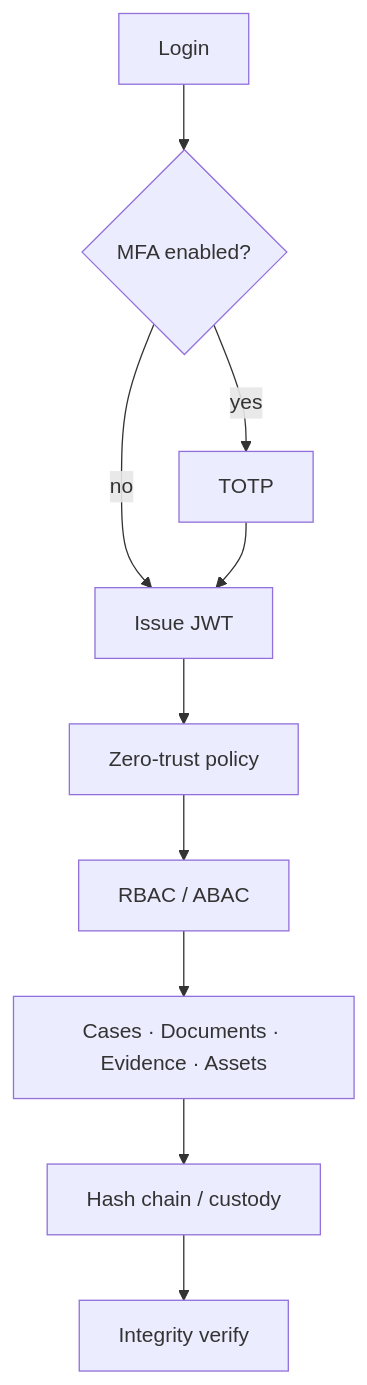
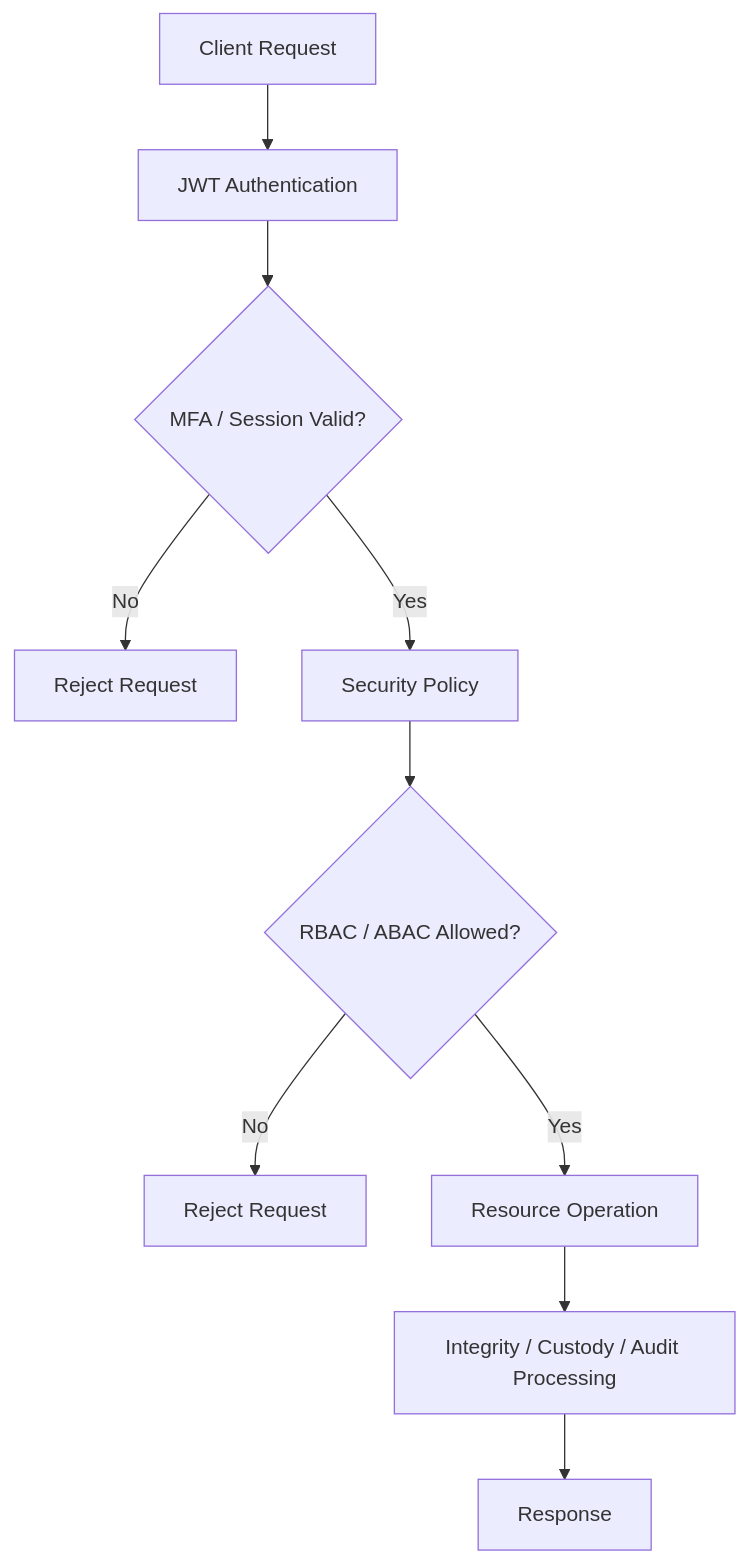
The second of 2 diagrams in README.md (gnanadeep30805/CaseVault), drawn with Mermaid before and after one commit. The commit also changed other lines of this file, not shown here.

````diff
--- a/README.md
+++ b/README.md
@@ -101,12 +326,12 @@
 ```mermaid
-flowchart TB
-  L[Login] --> M{MFA enabled?}
-  M -->|yes| T[TOTP]
-  M -->|no| J[Issue JWT]
-  T --> J
-  J --> Z[Zero-trust policy]
-  Z --> R[RBAC / ABAC]
-  R --> X[Cases · Documents · Evidence · Assets]
-  X --> H[Hash chain / custody]
-  H --> V[Integrity verify]
+flowchart TD
+    A[Client Request] --> B[JWT Authentication]
+    B --> C{MFA / Session Valid?}
+    C -->|No| D[Reject Request]
+    C -->|Yes| E[Security Policy]
+    E --> F{RBAC / ABAC Allowed?}
+    F -->|No| G[Reject Request]
+    F -->|Yes| H[Resource Operation]
+    H --> I[Integrity / Custody / Audit Processing]
+    I --> J[Response]
 ```
````
